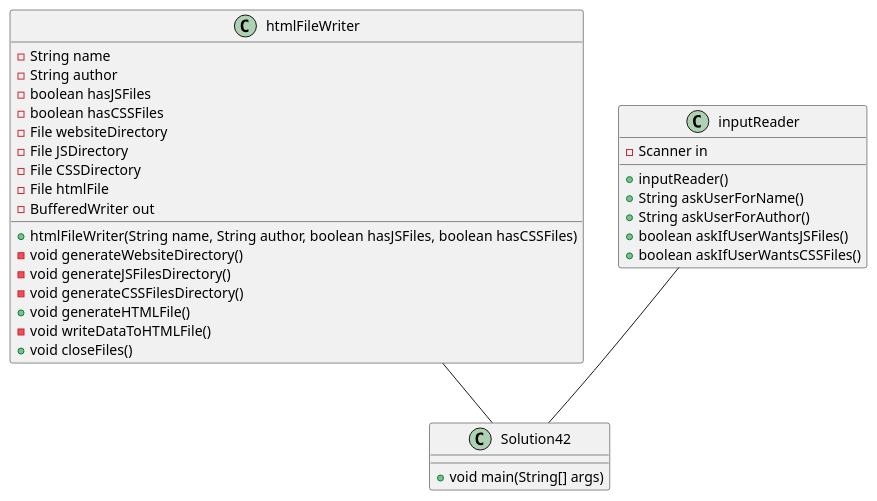
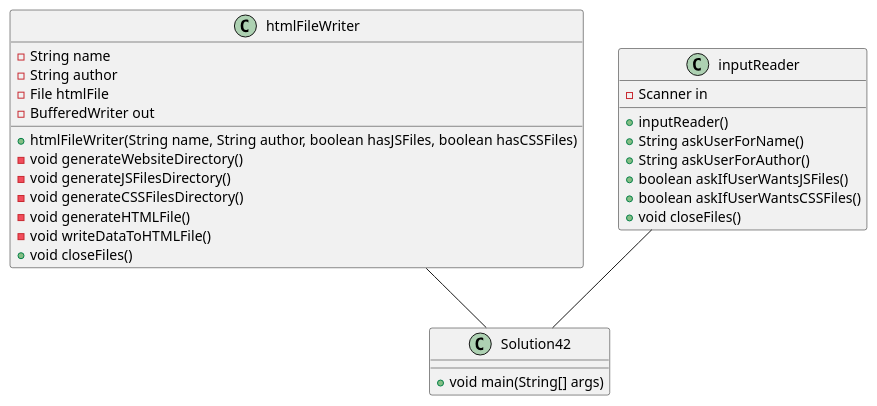
The diagram in exercise43/docs/Solution43UMLDiagram.puml (jkglaspey/glaspey-a04), drawn with PlantUML before and after one commit. The commit also changed 9 other files, not shown here.

```diff
--- a/exercise43/docs/Solution43UMLDiagram.puml
+++ b/exercise43/docs/Solution43UMLDiagram.puml
@@ -1,45 +1,40 @@
 @startuml
 class htmlFileWriter {
 ' Strings are data variables being used in the HTML file
 -String name
 -String author
-' booleans determine if extra directories are created
--boolean hasJSFiles
--boolean hasCSSFiles
-' File objects are used as output streams to create directories and the html file
--File websiteDirectory
--File JSDirectory
--File CSSDirectory
+' File object used to create html file
 -File htmlFile
 ' BufferedWriter object is used to write output to the html file
 -BufferedWriter out
 
 ' Constructor creates every directory, but not the html file
 +htmlFileWriter(String name, String author, boolean hasJSFiles, boolean hasCSSFiles)
 -void generateWebsiteDirectory()
 -void generateJSFilesDirectory()
 -void generateCSSFilesDirectory()
-+void generateHTMLFile()
+-void generateHTMLFile()
 -void writeDataToHTMLFile()
 +void closeFiles()
 }
 
 class inputReader {
 ' Scanner is created as System.in
 -Scanner in
 
 ' Constructor initializes Scanner
 +inputReader()
 +String askUserForName()
 +String askUserForAuthor()
 +boolean askIfUserWantsJSFiles()
 +boolean askIfUserWantsCSSFiles()
++void closeFiles()
 }
 
 class Solution42 {
 +void main(String[] args)
 }
 
 inputReader -- Solution42
 htmlFileWriter -- Solution42
 @enduml
```
